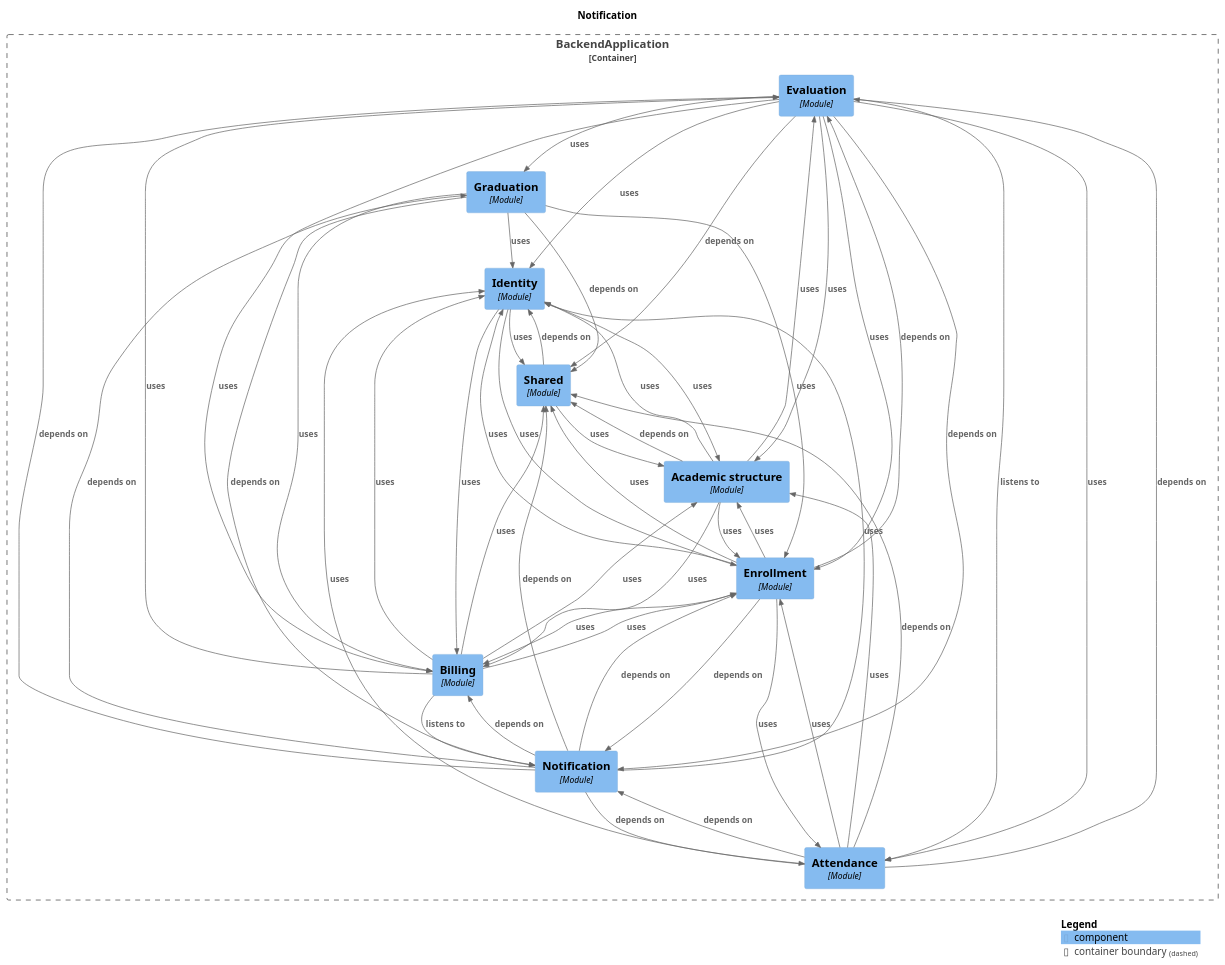
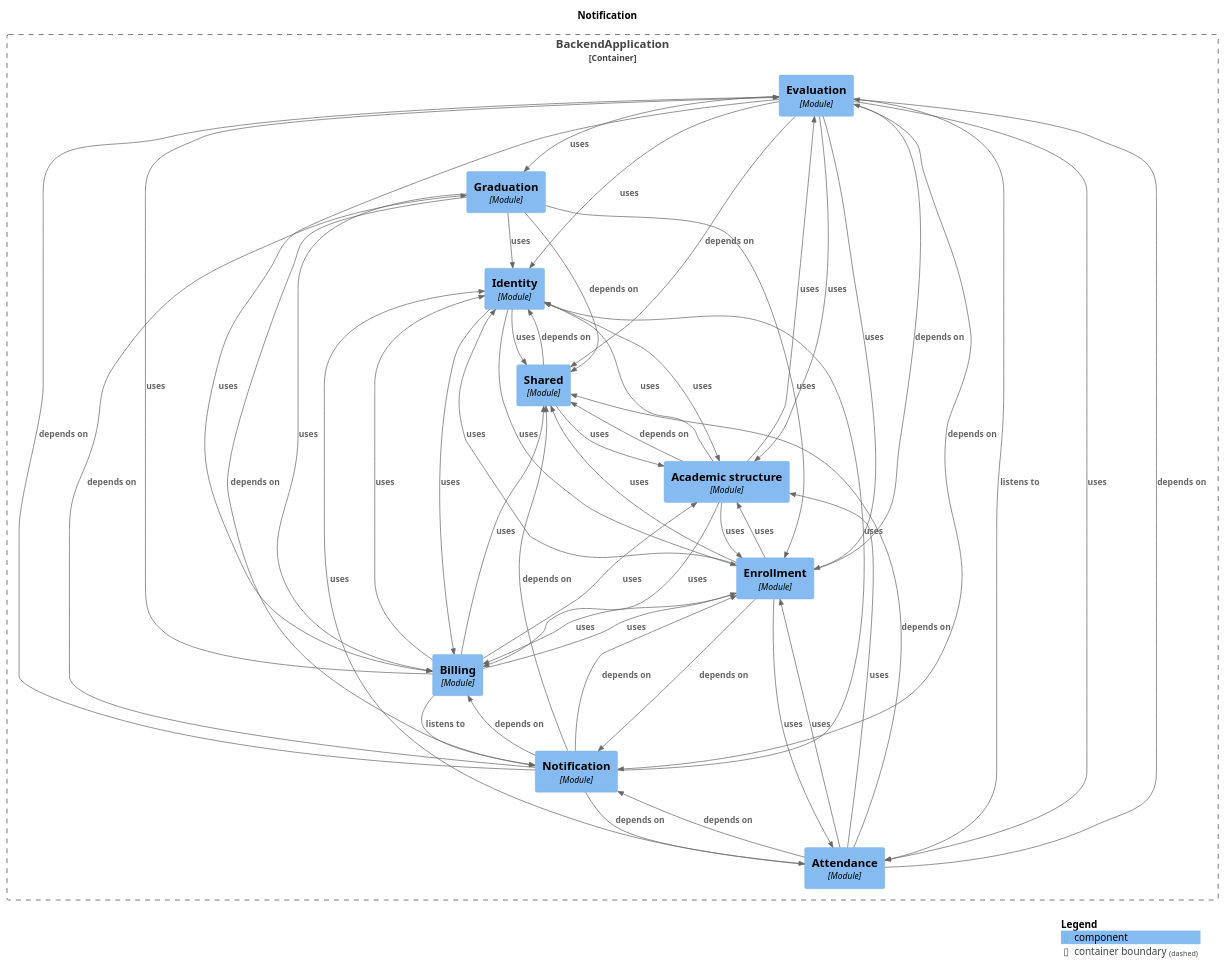
The diagram in docs/architecture/module-notification.puml (Gabriel030/agustina-bermejo-app), drawn with PlantUML before and after one commit. The commit also changed other lines of this file and 14 other files, not shown here.

Commit message:
Refactor M0: docs de modulos solo con flag y deterministas; regla de inversion enrollment/billing (D-185)

```diff
--- a/docs/architecture/module-notification.puml
+++ b/docs/architecture/module-notification.puml
@@ -20,57 +20,57 @@
   Component(BackendApplication.BackendApplication.Enrollment, "Enrollment", $techn="Module", $descr="", $tags="", $link="")
 }
 
+Rel(BackendApplication.BackendApplication.Academicstructure, BackendApplication.BackendApplication.Billing, "uses", $techn="", $tags="", $link="")
+Rel(BackendApplication.BackendApplication.Academicstructure, BackendApplication.BackendApplication.Enrollment, "uses", $techn="", $tags="", $link="")
+Rel(BackendApplication.BackendApplication.Academicstructure, BackendApplication.BackendApplication.Evaluation, "uses", $techn="", $tags="", $link="")
+Rel(BackendApplication.BackendApplication.Academicstructure, BackendApplication.BackendApplication.Identity, "uses", $techn="", $tags="", $link="")
+Rel(BackendApplication.BackendApplication.Academicstructure, BackendApplication.BackendApplication.Shared, "depends on", $techn="", $tags="", $link="")
+Rel(BackendApplication.BackendApplication.Attendance, BackendApplication.BackendApplication.Academicstructure, "uses", $techn="", $tags="", $link="")
+Rel(BackendApplication.BackendApplication.Attendance, BackendApplication.BackendApplication.Enrollment, "uses", $techn="", $tags="", $link="")
+Rel(BackendApplication.BackendApplication.Attendance, BackendApplication.BackendApplication.Evaluation, "depends on", $techn="", $tags="", $link="")
+Rel(BackendApplication.BackendApplication.Attendance, BackendApplication.BackendApplication.Identity, "uses", $techn="", $tags="", $link="")
+Rel(BackendApplication.BackendApplication.Attendance, BackendApplication.BackendApplication.Notification, "depends on", $techn="", $tags="", $link="")
+Rel(BackendApplication.BackendApplication.Attendance, BackendApplication.BackendApplication.Shared, "depends on", $techn="", $tags="", $link="")
+Rel(BackendApplication.BackendApplication.Billing, BackendApplication.BackendApplication.Academicstructure, "uses", $techn="", $tags="", $link="")
+Rel(BackendApplication.BackendApplication.Billing, BackendApplication.BackendApplication.Enrollment, "uses", $techn="", $tags="", $link="")
+Rel(BackendApplication.BackendApplication.Billing, BackendApplication.BackendApplication.Evaluation, "uses", $techn="", $tags="", $link="")
+Rel(BackendApplication.BackendApplication.Billing, BackendApplication.BackendApplication.Identity, "uses", $techn="", $tags="", $link="")
+Rel(BackendApplication.BackendApplication.Billing, BackendApplication.BackendApplication.Notification, "listens to", $techn="", $tags="", $link="")
+Rel(BackendApplication.BackendApplication.Billing, BackendApplication.BackendApplication.Shared, "uses", $techn="", $tags="", $link="")
 Rel(BackendApplication.BackendApplication.Enrollment, BackendApplication.BackendApplication.Academicstructure, "uses", $techn="", $tags="", $link="")
 Rel(BackendApplication.BackendApplication.Enrollment, BackendApplication.BackendApplication.Attendance, "uses", $techn="", $tags="", $link="")
+Rel(BackendApplication.BackendApplication.Enrollment, BackendApplication.BackendApplication.Billing, "uses", $techn="", $tags="", $link="")
+Rel(BackendApplication.BackendApplication.Enrollment, BackendApplication.BackendApplication.Evaluation, "depends on", $techn="", $tags="", $link="")
+Rel(BackendApplication.BackendApplication.Enrollment, BackendApplication.BackendApplication.Identity, "uses", $techn="", $tags="", $link="")
+Rel(BackendApplication.BackendApplication.Enrollment, BackendApplication.BackendApplication.Notification, "depends on", $techn="", $tags="", $link="")
 Rel(BackendApplication.BackendApplication.Enrollment, BackendApplication.BackendApplication.Shared, "uses", $techn="", $tags="", $link="")
+Rel(BackendApplication.BackendApplication.Evaluation, BackendApplication.BackendApplication.Academicstructure, "uses", $techn="", $tags="", $link="")
+Rel(BackendApplication.BackendApplication.Evaluation, BackendApplication.BackendApplication.Attendance, "listens to", $techn="", $tags="", $link="")
+Rel(BackendApplication.BackendApplication.Evaluation, BackendApplication.BackendApplication.Attendance, "uses", $techn="", $tags="", $link="")
+Rel(BackendApplication.BackendApplication.Evaluation, BackendApplication.BackendApplication.Billing, "uses", $techn="", $tags="", $link="")
+Rel(BackendApplication.BackendApplication.Evaluation, BackendApplication.BackendApplication.Enrollment, "uses", $techn="", $tags="", $link="")
+Rel(BackendApplication.BackendApplication.Evaluation, BackendApplication.BackendApplication.Graduation, "uses", $techn="", $tags="", $link="")
+Rel(BackendApplication.BackendApplication.Evaluation, BackendApplication.BackendApplication.Identity, "uses", $techn="", $tags="", $link="")
+Rel(BackendApplication.BackendApplication.Evaluation, BackendApplication.BackendApplication.Notification, "depends on", $techn="", $tags="", $link="")
+Rel(BackendApplication.BackendApplication.Evaluation, BackendApplication.BackendApplication.Shared, "depends on", $techn="", $tags="", $link="")
+Rel(BackendApplication.BackendApplication.Graduation, BackendApplication.BackendApplication.Billing, "uses", $techn="", $tags="", $link="")
+Rel(BackendApplication.BackendApplication.Graduation, BackendApplication.BackendApplication.Enrollment, "uses", $techn="", $tags="", $link="")
+Rel(BackendApplication.BackendApplication.Graduation, BackendApplication.BackendApplication.Identity, "uses", $techn="", $tags="", $link="")
+Rel(BackendApplication.BackendApplication.Graduation, BackendApplication.BackendApplication.Notification, "depends on", $techn="", $tags="", $link="")
 Rel(BackendApplication.BackendApplication.Graduation, BackendApplication.BackendApplication.Shared, "depends on", $techn="", $tags="", $link="")
-Rel(BackendApplication.BackendApplication.Graduation, BackendApplication.BackendApplication.Notification, "depends on", $techn="", $tags="", $link="")
-Rel(BackendApplication.BackendApplication.Graduation, BackendApplication.BackendApplication.Identity, "uses", $techn="", $tags="", $link="")
-Rel(BackendApplication.BackendApplication.Graduation, BackendApplication.BackendApplication.Enrollment, "uses", $techn="", $tags="", $link="")
-Rel(BackendApplication.BackendApplication.Graduation, BackendApplication.BackendApplication.Billing, "uses", $techn="", $tags="", $link="")
-Rel(BackendApplication.BackendApplication.Academicstructure, BackendApplication.BackendApplication.Shared, "depends on", $techn="", $tags="", $link="")
-Rel(BackendApplication.BackendApplication.Academicstructure, BackendApplication.BackendApplication.Enrollment, "uses", $techn="", $tags="", $link="")
-Rel(BackendApplication.BackendApplication.Academicstructure, BackendApplication.BackendApplication.Billing, "uses", $techn="", $tags="", $link="")
-Rel(BackendApplication.BackendApplication.Academicstructure, BackendApplication.BackendApplication.Identity, "uses", $techn="", $tags="", $link="")
-Rel(BackendApplication.BackendApplication.Academicstructure, BackendApplication.BackendApplication.Evaluation, "uses", $techn="", $tags="", $link="")
-Rel(BackendApplication.BackendApplication.Billing, BackendApplication.BackendApplication.Notification, "listens to", $techn="", $tags="", $link="")
-Rel(BackendApplication.BackendApplication.Billing, BackendApplication.BackendApplication.Identity, "uses", $techn="", $tags="", $link="")
-Rel(BackendApplication.BackendApplication.Billing, BackendApplication.BackendApplication.Enrollment, "uses", $techn="", $tags="", $link="")
-Rel(BackendApplication.BackendApplication.Billing, BackendApplication.BackendApplication.Shared, "uses", $techn="", $tags="", $link="")
-Rel(BackendApplication.BackendApplication.Billing, BackendApplication.BackendApplication.Academicstructure, "uses", $techn="", $tags="", $link="")
-Rel(BackendApplication.BackendApplication.Billing, BackendApplication.BackendApplication.Evaluation, "uses", $techn="", $tags="", $link="")
-Rel(BackendApplication.BackendApplication.Shared, BackendApplication.BackendApplication.Identity, "depends on", $techn="", $tags="", $link="")
-Rel(BackendApplication.BackendApplication.Shared, BackendApplication.BackendApplication.Academicstructure, "uses", $techn="", $tags="", $link="")
-Rel(BackendApplication.BackendApplication.Identity, BackendApplication.BackendApplication.Shared, "uses", $techn="", $tags="", $link="")
+Rel(BackendApplication.BackendApplication.Identity, BackendApplication.BackendApplication.Academicstructure, "uses", $techn="", $tags="", $link="")
 Rel(BackendApplication.BackendApplication.Identity, BackendApplication.BackendApplication.Billing, "uses", $techn="", $tags="", $link="")
 Rel(BackendApplication.BackendApplication.Identity, BackendApplication.BackendApplication.Enrollment, "uses", $techn="", $tags="", $link="")
-Rel(BackendApplication.BackendApplication.Identity, BackendApplication.BackendApplication.Academicstructure, "uses", $techn="", $tags="", $link="")
-Rel(BackendApplication.BackendApplication.Attendance, BackendApplication.BackendApplication.Shared, "depends on", $techn="", $tags="", $link="")
-Rel(BackendApplication.BackendApplication.Attendance, BackendApplication.BackendApplication.Evaluation, "depends on", $techn="", $tags="", $link="")
-Rel(BackendApplication.BackendApplication.Attendance, BackendApplication.BackendApplication.Notification, "depends on", $techn="", $tags="", $link="")
-Rel(BackendApplication.BackendApplication.Attendance, BackendApplication.BackendApplication.Academicstructure, "uses", $techn="", $tags="", $link="")
-Rel(BackendApplication.BackendApplication.Attendance, BackendApplication.BackendApplication.Enrollment, "uses", $techn="", $tags="", $link="")
-Rel(BackendApplication.BackendApplication.Attendance, BackendApplication.BackendApplication.Identity, "uses", $techn="", $tags="", $link="")
-Rel(BackendApplication.BackendApplication.Evaluation, BackendApplication.BackendApplication.Attendance, "listens to", $techn="", $tags="", $link="")
-Rel(BackendApplication.BackendApplication.Evaluation, BackendApplication.BackendApplication.Shared, "depends on", $techn="", $tags="", $link="")
-Rel(BackendApplication.BackendApplication.Evaluation, BackendApplication.BackendApplication.Notification, "depends on", $techn="", $tags="", $link="")
-Rel(BackendApplication.BackendApplication.Evaluation, BackendApplication.BackendApplication.Academicstructure, "uses", $techn="", $tags="", $link="")
-Rel(BackendApplication.BackendApplication.Evaluation, BackendApplication.BackendApplication.Identity, "uses", $techn="", $tags="", $link="")
-Rel(BackendApplication.BackendApplication.Evaluation, BackendApplication.BackendApplication.Enrollment, "uses", $techn="", $tags="", $link="")
-Rel(BackendApplication.BackendApplication.Evaluation, BackendApplication.BackendApplication.Attendance, "uses", $techn="", $tags="", $link="")
-Rel(BackendApplication.BackendApplication.Evaluation, BackendApplication.BackendApplication.Billing, "uses", $techn="", $tags="", $link="")
-Rel(BackendApplication.BackendApplication.Evaluation, BackendApplication.BackendApplication.Graduation, "uses", $techn="", $tags="", $link="")
+Rel(BackendApplication.BackendApplication.Identity, BackendApplication.BackendApplication.Shared, "uses", $techn="", $tags="", $link="")
 Rel(BackendApplication.BackendApplication.Notification, BackendApplication.BackendApplication.Attendance, "depends on", $techn="", $tags="", $link="")
+Rel(BackendApplication.BackendApplication.Notification, BackendApplication.BackendApplication.Billing, "depends on", $techn="", $tags="", $link="")
 Rel(BackendApplication.BackendApplication.Notification, BackendApplication.BackendApplication.Enrollment, "depends on", $techn="", $tags="", $link="")
+Rel(BackendApplication.BackendApplication.Notification, BackendApplication.BackendApplication.Evaluation, "depends on", $techn="", $tags="", $link="")
 Rel(BackendApplication.BackendApplication.Notification, BackendApplication.BackendApplication.Graduation, "depends on", $techn="", $tags="", $link="")
-Rel(BackendApplication.BackendApplication.Notification, BackendApplication.BackendApplication.Billing, "depends on", $techn="", $tags="", $link="")
-Rel(BackendApplication.BackendApplication.Notification, BackendApplication.BackendApplication.Evaluation, "depends on", $techn="", $tags="", $link="")
+Rel(BackendApplication.BackendApplication.Notification, BackendApplication.BackendApplication.Identity, "uses", $techn="", $tags="", $link="")
 Rel(BackendApplication.BackendApplication.Notification, BackendApplication.BackendApplication.Shared, "depends on", $techn="", $tags="", $link="")
-Rel(BackendApplication.BackendApplication.Notification, BackendApplication.BackendApplication.Identity, "uses", $techn="", $tags="", $link="")
-Rel(BackendApplication.BackendApplication.Enrollment, BackendApplication.BackendApplication.Evaluation, "depends on", $techn="", $tags="", $link="")
-Rel(BackendApplication.BackendApplication.Enrollment, BackendApplication.BackendApplication.Notification, "depends on", $techn="", $tags="", $link="")
-Rel(BackendApplication.BackendApplication.Enrollment, BackendApplication.BackendApplication.Billing, "uses", $techn="", $tags="", $link="")
-Rel(BackendApplication.BackendApplication.Enrollment, BackendApplication.BackendApplication.Identity, "uses", $techn="", $tags="", $link="")
+Rel(BackendApplication.BackendApplication.Shared, BackendApplication.BackendApplication.Academicstructure, "uses", $techn="", $tags="", $link="")
+Rel(BackendApplication.BackendApplication.Shared, BackendApplication.BackendApplication.Identity, "depends on", $techn="", $tags="", $link="")
 
 SHOW_LEGEND(true)
 @enduml
```
